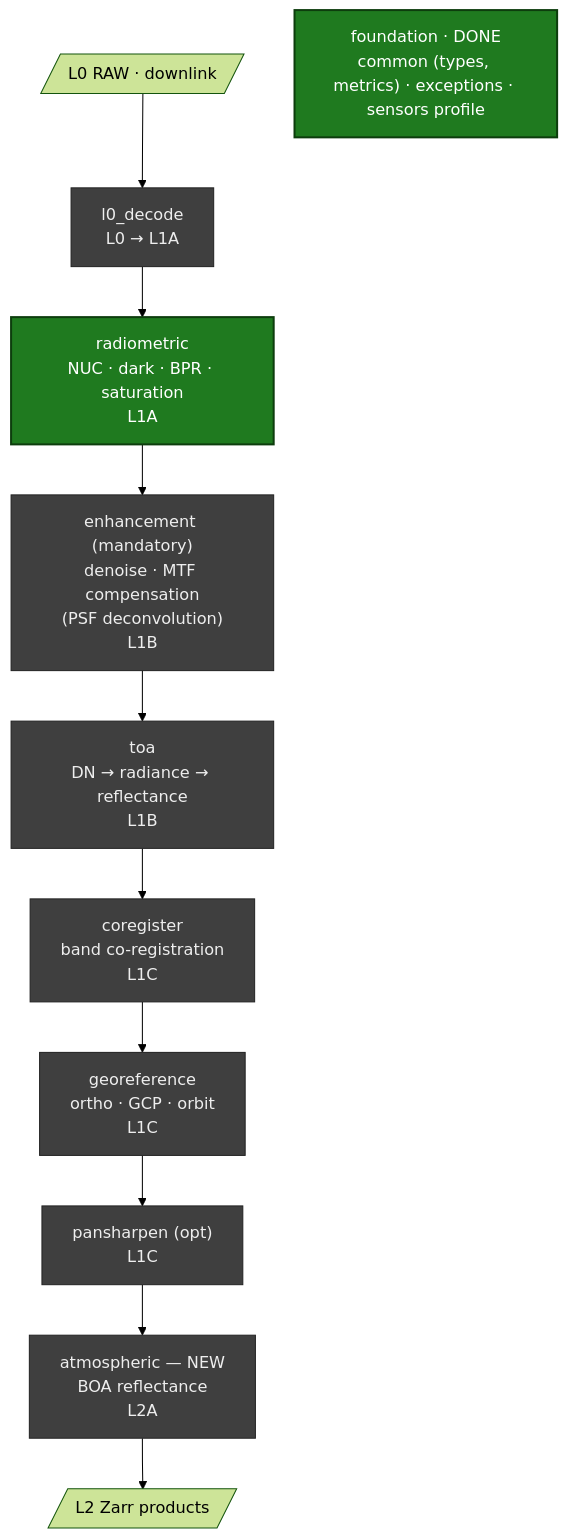
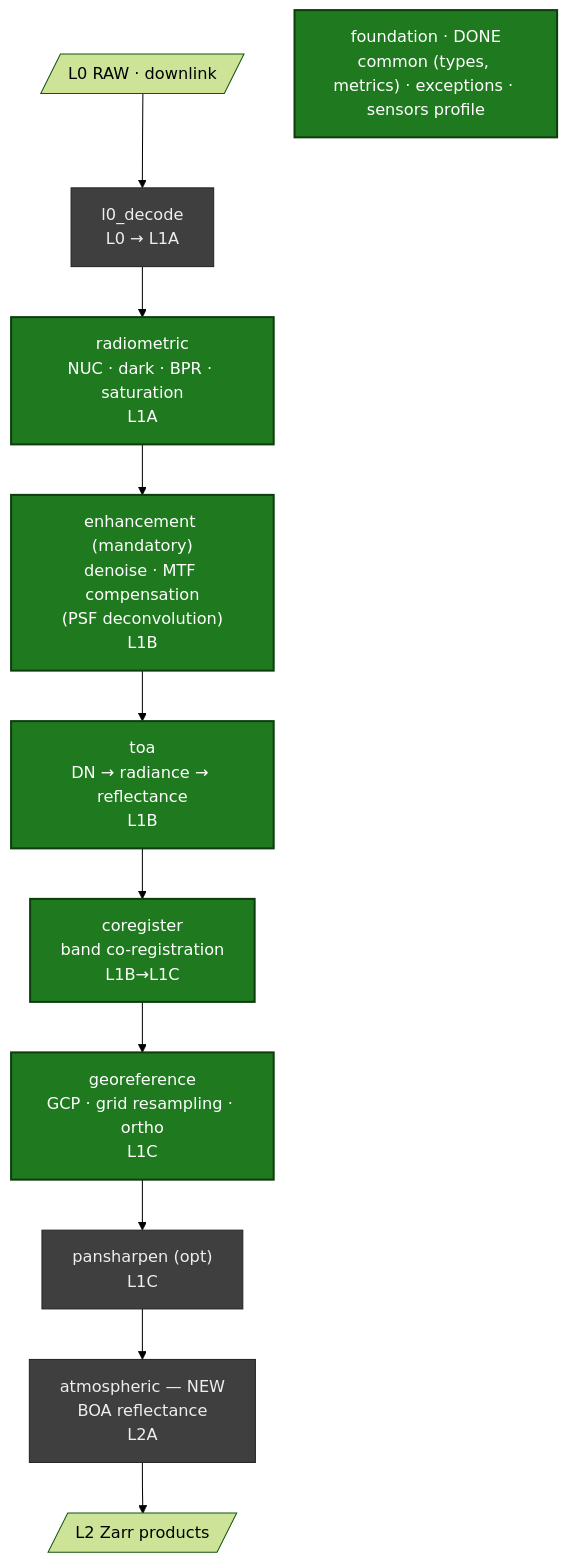
The diagram in README.md (AstroCan17/msi-processor), drawn with Mermaid (forest theme) before and after one commit. The commit also changed other lines of this file and 8 other files, not shown here.

First line of the commit message:
feat(georeference): implement georeference PU (GCP + grid resampling, L1C)

````diff
--- a/README.md
+++ b/README.md
@@ -30,17 +30,17 @@
 ```mermaid
 flowchart TD
     RAW[/"L0 RAW · downlink"/] --> L0["l0_decode<br/>L0 → L1A"]:::todo
     L0 --> RAD["radiometric<br/>NUC · dark · BPR · saturation<br/>L1A"]:::done
-    RAD --> ENH["enhancement (mandatory)<br/>denoise · MTF compensation<br/>(PSF deconvolution)<br/>L1B"]:::todo
-    ENH --> TOA["toa<br/>DN → radiance → reflectance<br/>L1B"]:::todo
-    TOA --> COR["coregister<br/>band co-registration<br/>L1C"]:::todo
-    COR --> GEO["georeference<br/>ortho · GCP · orbit<br/>L1C"]:::todo
+    RAD --> ENH["enhancement (mandatory)<br/>denoise · MTF compensation<br/>(PSF deconvolution)<br/>L1B"]:::done
+    ENH --> TOA["toa<br/>DN → radiance → reflectance<br/>L1B"]:::done
+    TOA --> COR["coregister<br/>band co-registration<br/>L1B→L1C"]:::done
+    COR --> GEO["georeference<br/>GCP · grid resampling · ortho<br/>L1C"]:::done
     GEO --> PAN["pansharpen (opt)<br/>L1C"]:::todo
     PAN --> ATM["atmospheric — NEW<br/>BOA reflectance<br/>L2A"]:::todo
     ATM --> PRD[/"L2 Zarr products"/]
 
     FOUND["foundation · DONE<br/>common (types, metrics) · exceptions · sensors profile"]:::done
 
     classDef done fill:#1f7a1f,color:#fff,stroke:#0d3d0d,stroke-width:2px;
     classDef todo fill:#3f3f3f,color:#eee,stroke:#222;
 ```
````
